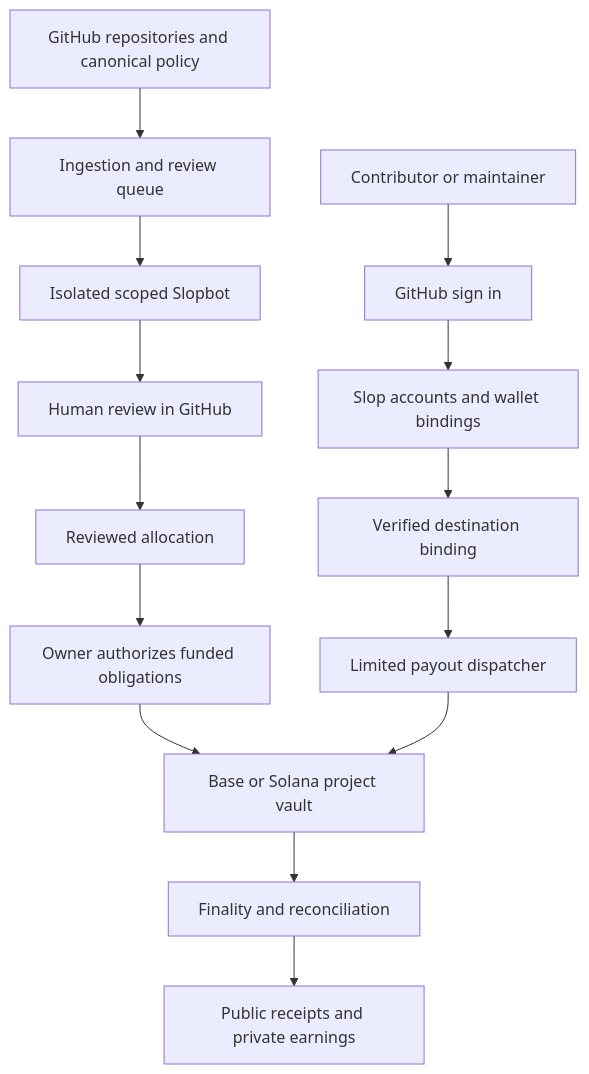
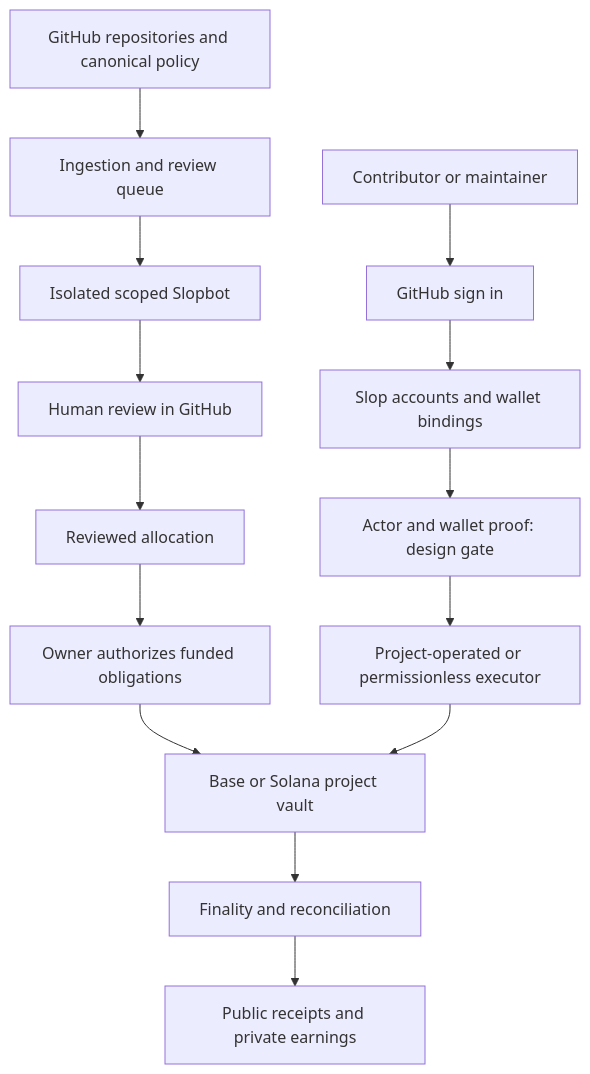
Before and after one commit to Chihyunpark1/slopdotcash: the diagram in docs/slop-product-requirements.md, drawn with Mermaid. The commit also changed other lines of this file and 1 other file, not shown here.

Commit message:
docs: distinguish wallet consent from GitHub actor proof

````diff
--- a/docs/slop-product-requirements.md
+++ b/docs/slop-product-requirements.md
@@ -557,16 +559,16 @@
 ```mermaid
 flowchart TD
   U[Contributor or maintainer] --> I[GitHub sign in]
   I --> A[Slop accounts and wallet bindings]
   G[GitHub repositories and canonical policy] --> Q[Ingestion and review queue]
   Q --> B[Isolated scoped Slopbot]
   B --> H[Human review in GitHub]
   H --> C[Reviewed allocation]
   C --> O[Owner authorizes funded obligations]
   O --> V[Base or Solana project vault]
-  A --> D[Verified destination binding]
-  D --> P[Limited payout dispatcher]
+  A --> D[Actor and wallet proof: design gate]
+  D --> P[Project-operated or permissionless executor]
   P --> V
   V --> F[Finality and reconciliation]
   F --> R[Public receipts and private earnings]
 ```
````
